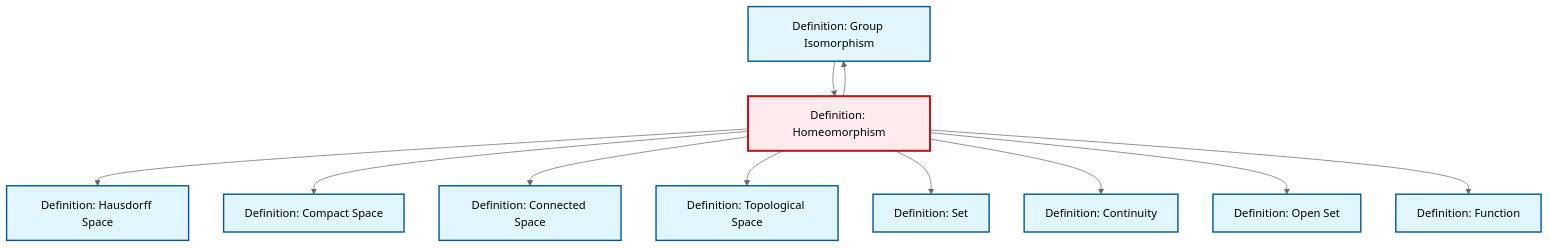
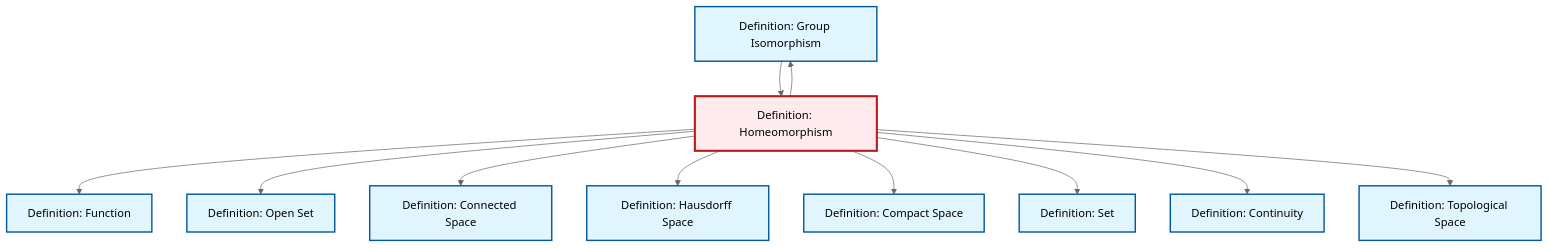
One commit to RK0429/ModernMath changed the diagram in content/ja/topology/def-homeomorphism.qmd. Above: the diagram before and after it, drawn with Mermaid (neutral theme). The commit also changed other lines of this file and 619 other files, not shown here.

````diff
--- a/content/ja/topology/def-homeomorphism.qmd
+++ b/content/ja/topology/def-homeomorphism.qmd
@@ -102,39 +102,39 @@
 ```{mermaid}
 %%| fig-cap: "Local dependency graph"
 graph TD
     classDef definition fill:#e1f5fe,stroke:#01579b,stroke-width:2px
     classDef theorem fill:#f3e5f5,stroke:#4a148c,stroke-width:2px
     classDef axiom fill:#fff3e0,stroke:#e65100,stroke-width:2px
     classDef example fill:#e8f5e9,stroke:#1b5e20,stroke-width:2px
     classDef current fill:#ffebee,stroke:#b71c1c,stroke-width:3px
     def-compact["Definition: Compact Space"]:::definition
-    def-hausdorff["Definition: Hausdorff Space"]:::definition
-    def-function["Definition: Function"]:::definition
-    def-isomorphism["Definition: Group Isomorphism"]:::definition
+    def-open-set["Definition: Open Set"]:::definition
     def-set["Definition: Set"]:::definition
-    def-homeomorphism["Definition: Homeomorphism"]:::definition
     def-connected["Definition: Connected Space"]:::definition
     def-topological-space["Definition: Topological Space"]:::definition
-    def-open-set["Definition: Open Set"]:::definition
+    def-isomorphism["Definition: Group Isomorphism"]:::definition
+    def-homeomorphism["Definition: Homeomorphism"]:::definition
+    def-hausdorff["Definition: Hausdorff Space"]:::definition
     def-continuity["Definition: Continuity"]:::definition
+    def-function["Definition: Function"]:::definition
+    def-homeomorphism --> def-function
+    def-homeomorphism --> def-open-set
+    def-homeomorphism --> def-connected
+    def-homeomorphism --> def-isomorphism
     def-homeomorphism --> def-hausdorff
     def-homeomorphism --> def-compact
-    def-homeomorphism --> def-isomorphism
+    def-homeomorphism --> def-set
     def-isomorphism --> def-homeomorphism
-    def-homeomorphism --> def-connected
+    def-homeomorphism --> def-continuity
     def-homeomorphism --> def-topological-space
-    def-homeomorphism --> def-set
-    def-homeomorphism --> def-continuity
-    def-homeomorphism --> def-open-set
-    def-homeomorphism --> def-function
     class def-homeomorphism current
     click def-compact "def-compact.html" "Definition: Compact Spaceへ"
-    click def-hausdorff "def-hausdorff.html" "Definition: Hausdorff Spaceへ"
-    click def-function "def-function.html" "Definition: Functionへ"
-    click def-isomorphism "def-isomorphism.html" "Definition: Group Isomorphismへ"
+    click def-open-set "def-open-set.html" "Definition: Open Setへ"
     click def-set "def-set.html" "Definition: Setへ"
     click def-connected "def-connected.html" "Definition: Connected Spaceへ"
     click def-topological-space "def-topological-space.html" "Definition: Topological Spaceへ"
-    click def-open-set "def-open-set.html" "Definition: Open Setへ"
+    click def-isomorphism "def-isomorphism.html" "Definition: Group Isomorphismへ"
+    click def-hausdorff "def-hausdorff.html" "Definition: Hausdorff Spaceへ"
     click def-continuity "def-continuity.html" "Definition: Continuityへ"
+    click def-function "def-function.html" "Definition: Functionへ"
 ```
````
